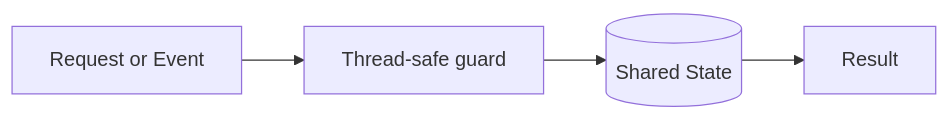
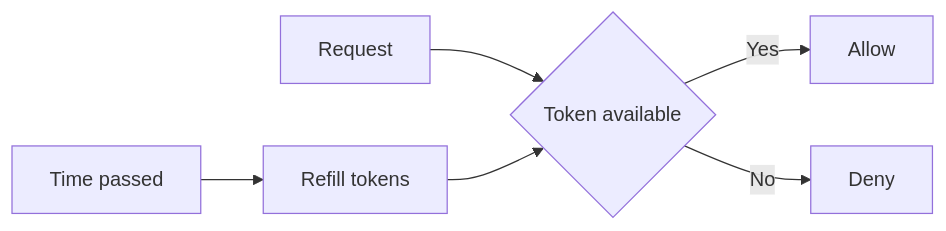
One commit to mthaiseer/springcloud-systemdesign-notes changed diagram 14 of 29 in HLD_NOTES/003_TECHNOLOGY_DEEP_DIVE/core-java/java_concurrency_visual_reference.md. Above: the diagram before and after it, drawn with Mermaid. The commit also changed other lines of this file, not shown here.

````diff
--- a/HLD_NOTES/003_TECHNOLOGY_DEEP_DIVE/core-java/java_concurrency_visual_reference.md
+++ b/HLD_NOTES/003_TECHNOLOGY_DEEP_DIVE/core-java/java_concurrency_visual_reference.md
@@ -944,6 +813,8 @@
 ```mermaid
 flowchart LR
-    Input[Request or Event] --> Guard[Thread-safe guard]
-    Guard --> State[(Shared State)]
-    State --> Output[Result]
+    Request --> B{Token available}
+    B -- Yes --> Allow[Allow]
+    B -- No --> Deny[Deny]
+    Time[Time passed] --> Refill[Refill tokens]
+    Refill --> B
 ```
````
